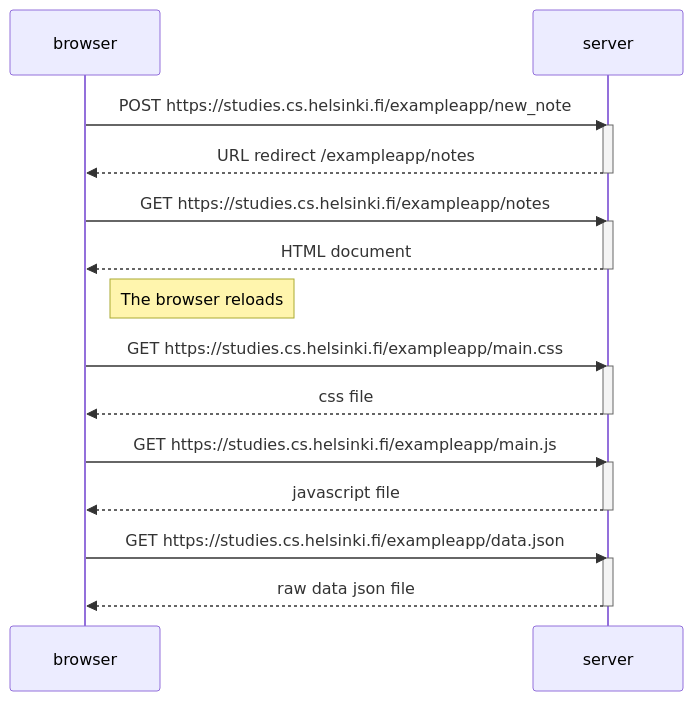
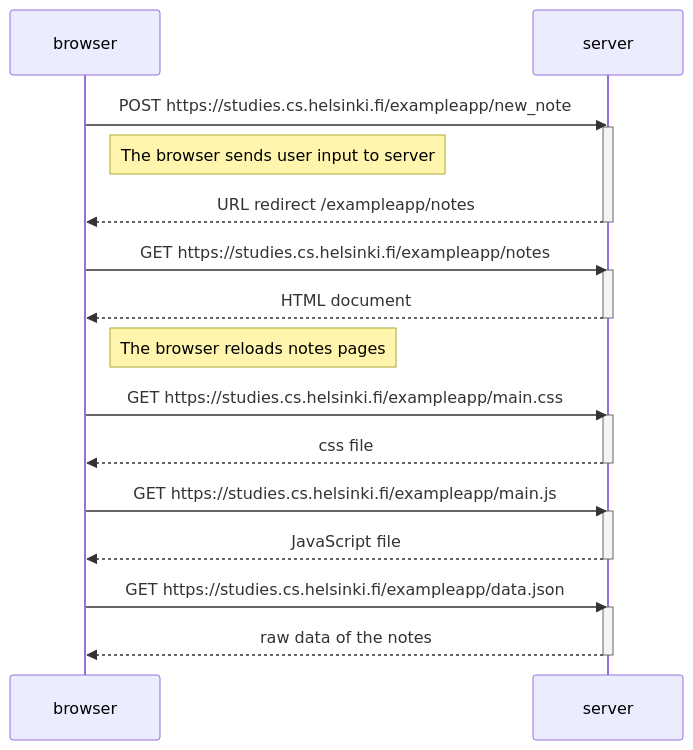
Before and after one commit to ngarciaotero/full_stack_open: the diagram in part_0/new_note_diagram.md, drawn with Mermaid.

Commit message:
added and modified comments in the diagram

````diff
--- a/part_0/new_note_diagram.md
+++ b/part_0/new_note_diagram.md
@@ -1,32 +1,33 @@
 ```mermaid
 sequenceDiagram
     participant browser
     participant server
 
     browser->>server: POST https://studies.cs.helsinki.fi/exampleapp/new_note
     activate server
+    Note right of browser: The browser sends user input to server
     server-->>browser: URL redirect /exampleapp/notes
     deactivate server
 
     browser->>server: GET https://studies.cs.helsinki.fi/exampleapp/notes
     activate server
     server-->>browser: HTML document
     deactivate server
 
-    Note right of browser: The browser reloads
+    Note right of browser: The browser reloads notes pages
 
     browser->>server: GET https://studies.cs.helsinki.fi/exampleapp/main.css
     activate server
     server-->>browser: css file
     deactivate server
 
     browser->>server: GET https://studies.cs.helsinki.fi/exampleapp/main.js
     activate server
-    server-->>browser: javascript file
+    server-->>browser: JavaScript file
     deactivate server
 
     browser->>server: GET https://studies.cs.helsinki.fi/exampleapp/data.json
     activate server
-    server-->>browser: raw data json file
+    server-->>browser: raw data of the notes
     deactivate server
 ```
````
